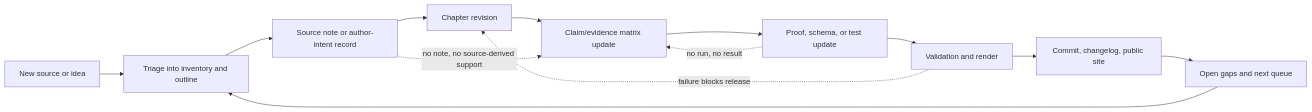
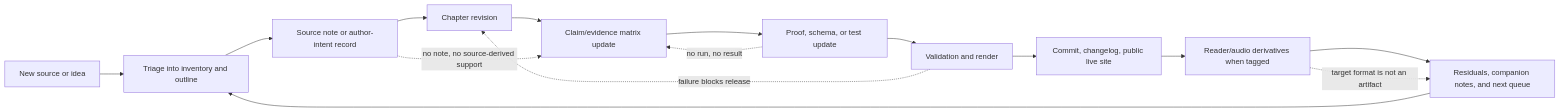
One commit to corbensorenson/asi-stack-book changed the diagram in chapters/living-book-methodology.qmd. Above: the diagram before and after it, drawn with Mermaid. The commit also changed other lines of this file and 39 other files, not shown here.

````diff
--- a/chapters/living-book-methodology.qmd
+++ b/chapters/living-book-methodology.qmd
@@ -86,16 +86,18 @@
 ```{mermaid}
 flowchart LR
   Source["New source or idea"] --> Triage["Triage into inventory and outline"]
   Triage --> Notes["Source note or author-intent record"]
   Notes --> Draft["Chapter revision"]
   Draft --> Claims["Claim/evidence matrix update"]
   Claims --> Proofs["Proof, schema, or test update"]
   Proofs --> Validate["Validation and render"]
-  Validate --> Release["Commit, changelog, public site"]
-  Release --> Residuals["Open gaps and next queue"]
+  Validate --> Release["Commit, changelog, public live site"]
+  Release --> Editions["Reader/audio derivatives when tagged"]
+  Editions --> Residuals["Residuals, companion notes, and next queue"]
   Residuals --> Triage
 
   Notes -. "no note, no source-derived support" .-> Claims
   Proofs -. "no run, no result" .-> Claims
+  Editions -. "target format is not an artifact" .-> Residuals
   Validate -. "failure blocks release" .-> Draft
 ```
````
